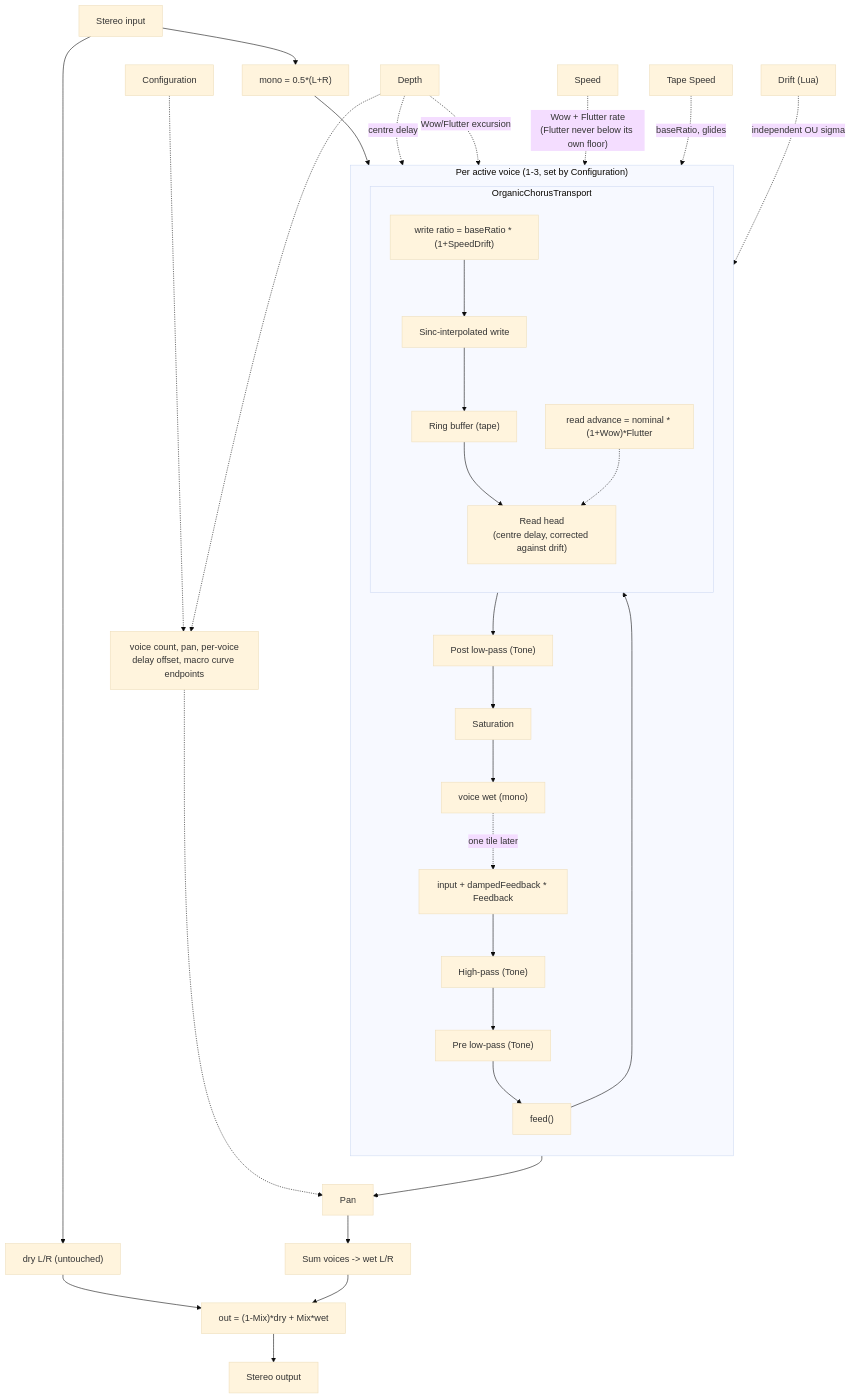
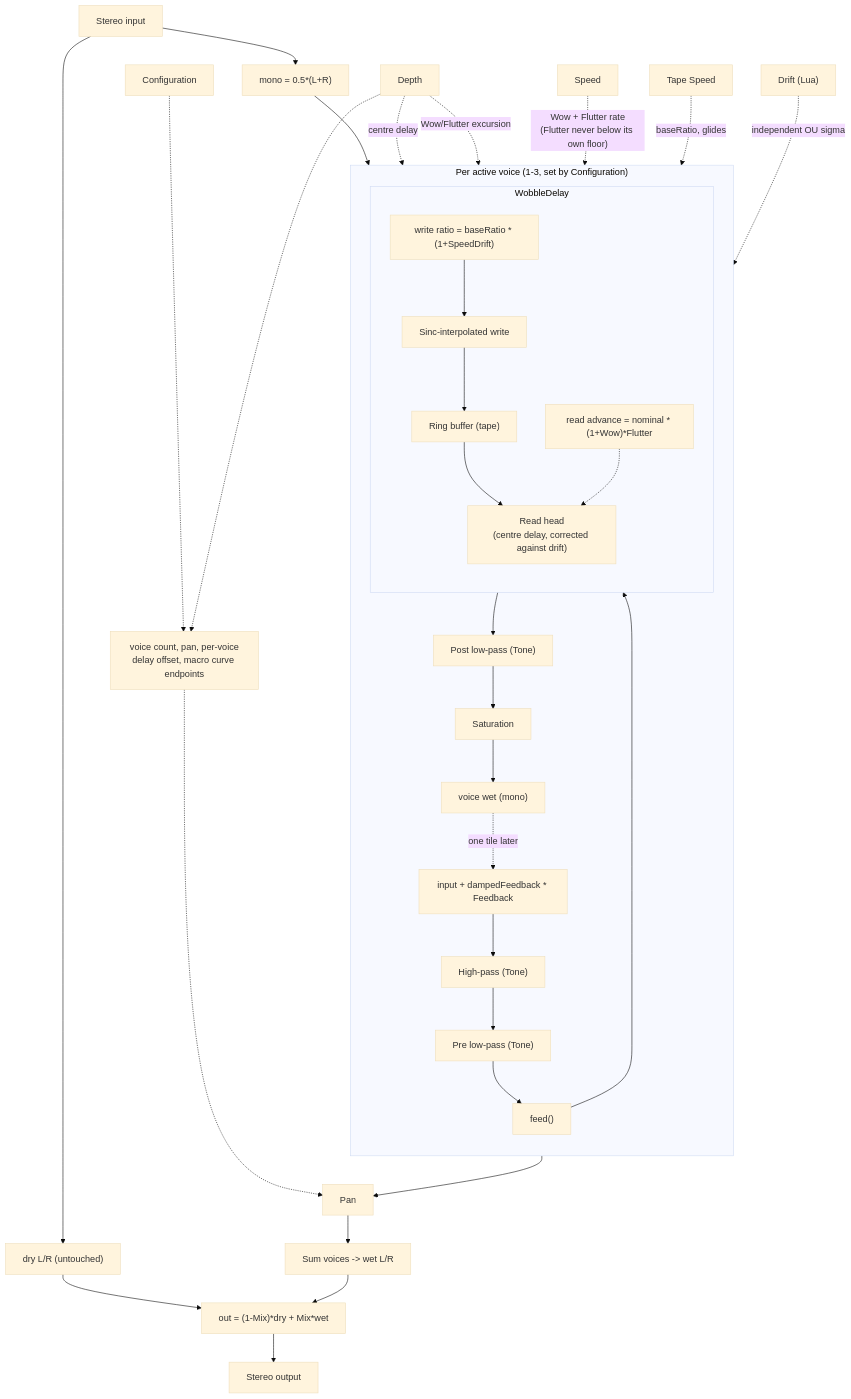
Before and after one commit to scjurgen/AbacDsp: the diagram in examples/organicchorus/README.md, drawn with Mermaid (base theme). The commit also changed other lines of this file and 14 other files, not shown here.

First line of the commit message:
Rename OrganicChorusTransport to WobbleDelay

````diff
--- a/examples/organicchorus/README.md
+++ b/examples/organicchorus/README.md
@@ -16,40 +16,40 @@
 ```mermaid
 flowchart TD
     IN["Stereo input"]
     IN --> MONO["mono = 0.5*(L+R)"]
     IN --> DRY["dry L/R (untouched)"]
 
     CFG["Configuration"] -.-> VOICECOUNT["voice count, pan, per-voice\ndelay offset, macro curve endpoints"]
 
     subgraph VOICE["Per active voice (1-3, set by Configuration)"]
         direction TD
         SUMIN["input + dampedFeedback * Feedback"] --> HP["High-pass (Tone)"]
         HP --> LP1["Pre low-pass (Tone)"]
         LP1 --> FEED["feed()"]
-        subgraph TRANSPORT["OrganicChorusTransport"]
+        subgraph TRANSPORT["WobbleDelay"]
             direction TD
             RATIO["write ratio = baseRatio * (1+SpeedDrift)"]
             RATIO --> RESAMP["Sinc-interpolated write"] --> RING["Ring buffer (tape)"]
             RING --> READ["Read head\n(centre delay, corrected against drift)"]
             READADV["read advance = nominal * (1+Wow)*Flutter"] -.-> READ
         end
         FEED --> RATIO
         READ --> LP2["Post low-pass (Tone)"] --> SAT["Saturation"] --> WETV["voice wet (mono)"]
         WETV -. "one tile later" .-> SUMIN
     end
 
     MONO --> SUMIN
     DEPTH["Depth"] -.-> VOICECOUNT
     DEPTH -. "centre delay" .-> READ
     DEPTH -. "Wow/Flutter excursion" .-> READADV
     SPEED["Speed"] -. "Wow + Flutter rate\n(Flutter never below its own floor)" .-> READADV
     TAPESPEED["Tape Speed"] -. "baseRatio, glides" .-> RATIO
     DRIFT["Drift (Lua)"] -. "independent OU sigma" .-> RATIO
 
     WETV --> PAN["Pan"]
     VOICECOUNT -.-> PAN
     PAN --> SUM["Sum voices -> wet L/R"]
     DRY --> MIXOUT["out = (1-Mix)*dry + Mix*wet"]
     SUM --> MIXOUT
     MIXOUT --> OUT["Stereo output"]
 ```
````
